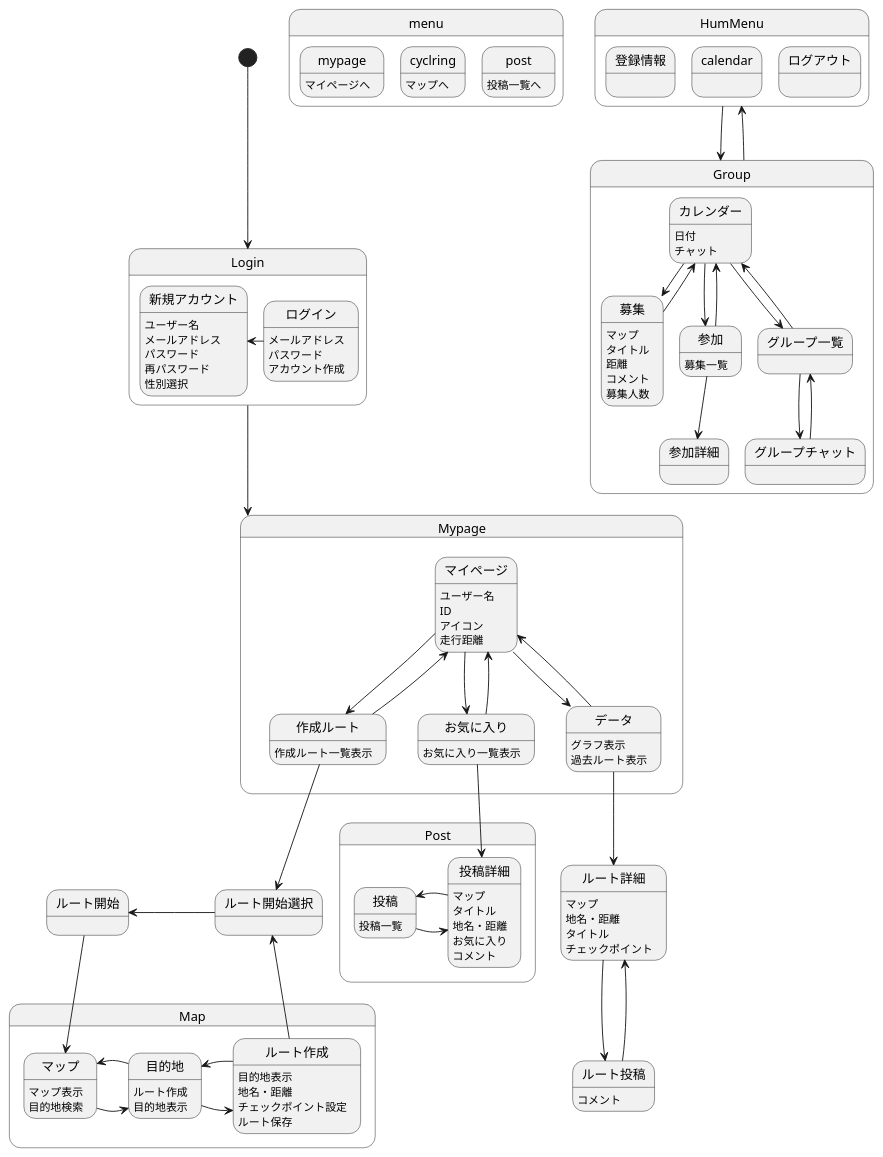
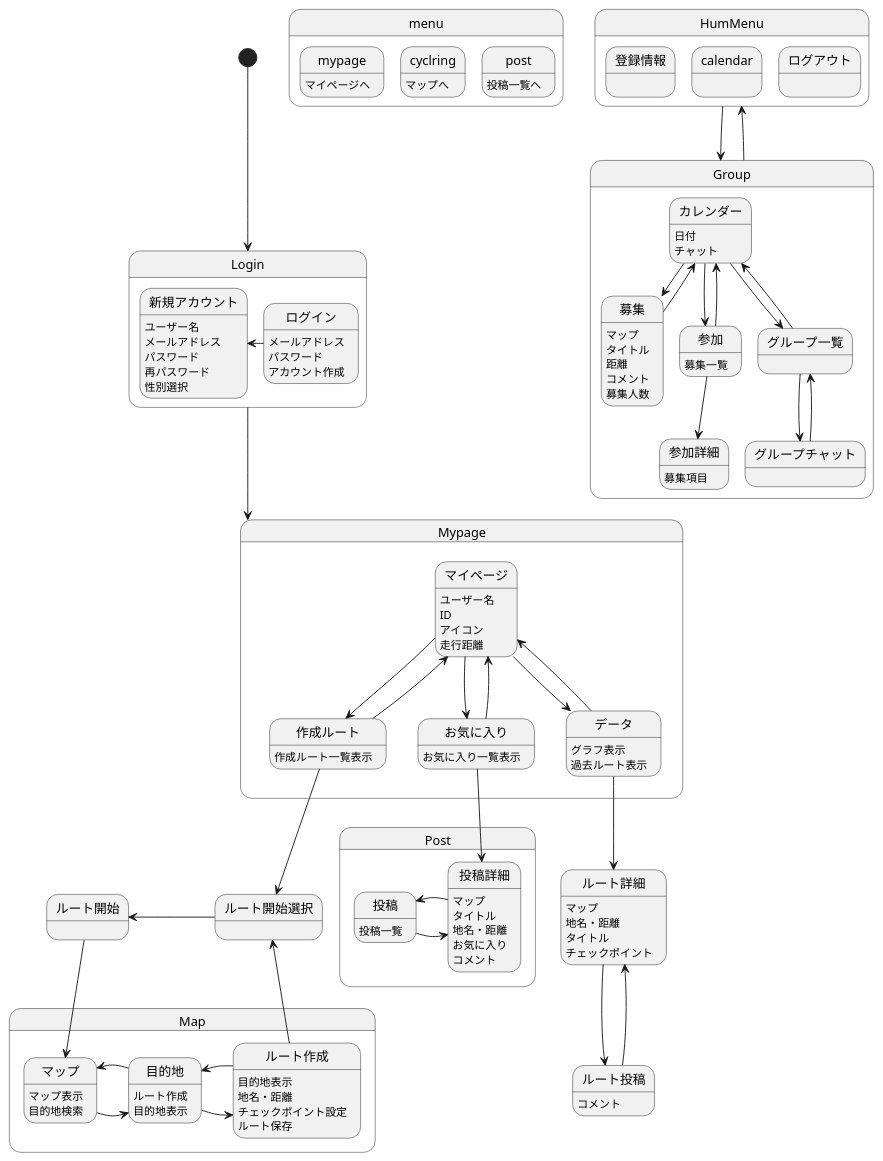
One commit to AsoSD3A3/CyclingSystem changed the diagram in 画面遷移図/gm.md. Above: the diagram before and after it, drawn with PlantUML.

```diff
--- a/画面遷移図/gm.md
+++ b/画面遷移図/gm.md
@@ -34,6 +34,7 @@
 募集:募集人数
 参加:募集一覧
 参加-->参加詳細
+参加詳細:募集項目
 }
 
 [*]-down->Login
```
